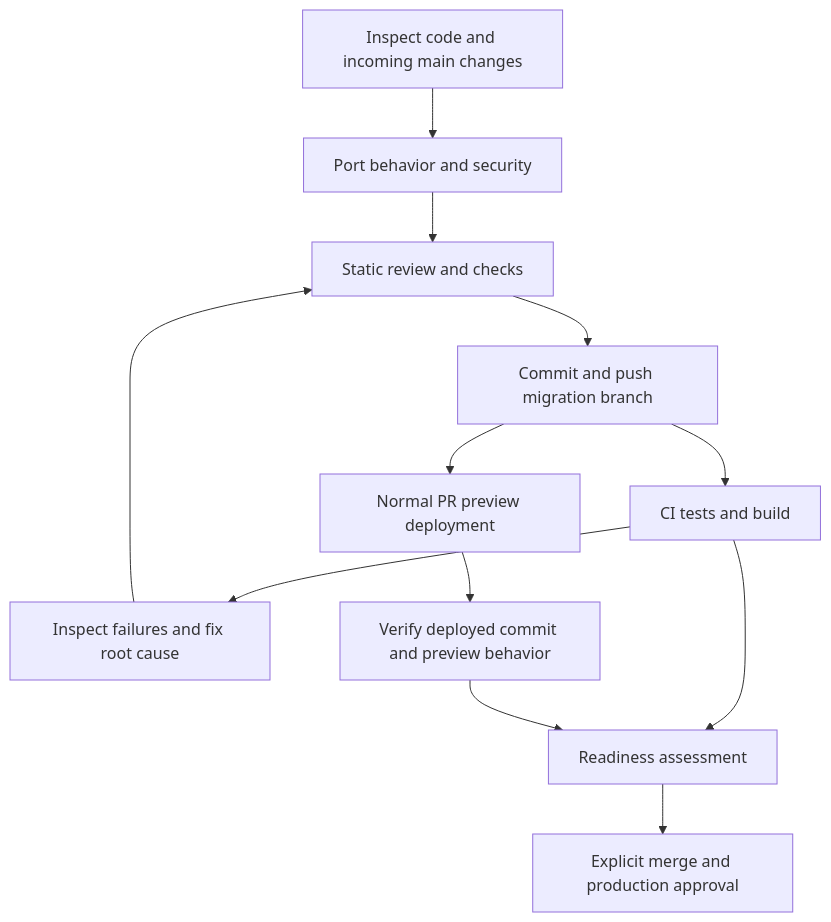
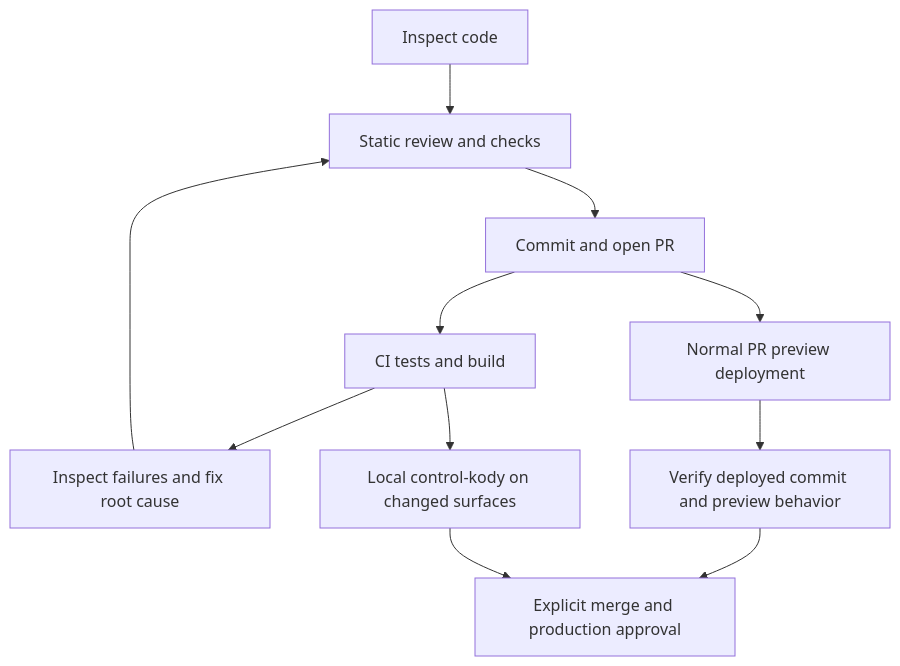
Before and after one commit to Cherry/kody: the tenth of 11 diagrams in docs/contributing/tanstack-start-flows.md, drawn with Mermaid. The commit also changed other lines of this file and 24 other files, not shown here.

````diff
--- a/docs/contributing/tanstack-start-flows.md
+++ b/docs/contributing/tanstack-start-flows.md
@@ -218,14 +218,13 @@
 ```mermaid
 flowchart TD
-    A[Inspect code and incoming main changes] --> B[Port behavior and security]
-    B --> C[Static review and checks]
-    C --> D[Commit and push migration branch]
-    D --> E[CI tests and build]
-    D --> F[Normal PR preview deployment]
-    E --> G[Inspect failures and fix root cause]
-    G --> C
-    F --> H[Verify deployed commit and preview behavior]
-    E --> I[Readiness assessment]
+    A[Inspect code] --> B[Static review and checks]
+    B --> C[Commit and open PR]
+    C --> D[CI tests and build]
+    C --> E[Normal PR preview deployment]
+    D --> F[Inspect failures and fix root cause]
+    F --> B
+    E --> G[Verify deployed commit and preview behavior]
+    D --> H[Local control-kody on changed surfaces]
+    G --> I[Explicit merge and production approval]
     H --> I
-    I --> J[Explicit merge and production approval]
 ```
````
